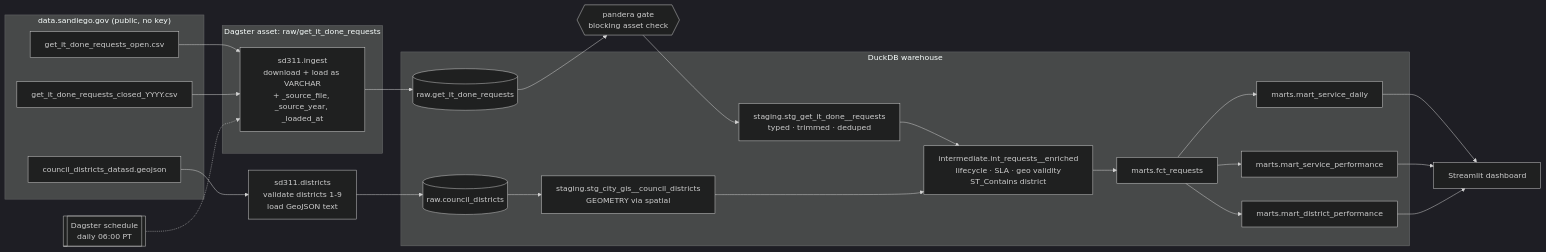
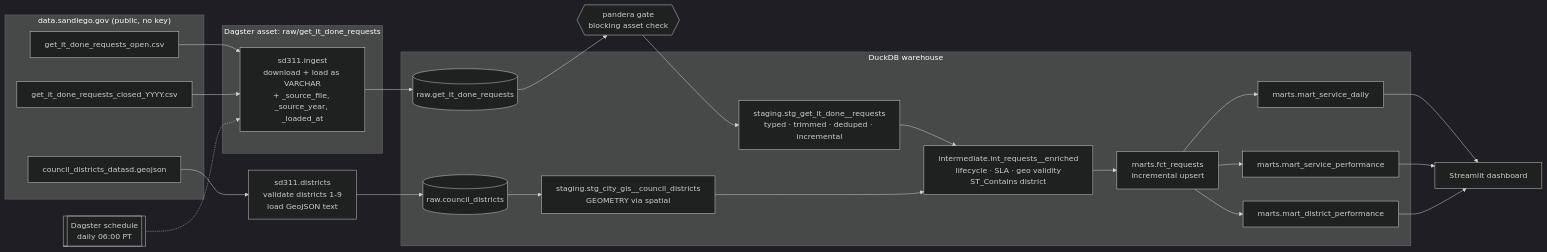
The diagram in README.md (SuperJohn/sd-open-data-pipeline), drawn with Mermaid (dark theme) before and after one commit. The commit also changed other lines of this file and 2 other files, not shown here.

First line of the commit message:
Document incremental dbt models and add make dbt-full-refresh (Closes #2)

````diff
--- a/README.md
+++ b/README.md
@@ -39,29 +43,29 @@
 ```mermaid
 flowchart LR
     subgraph Source["data.sandiego.gov (public, no key)"]
         A1[get_it_done_requests_open.csv]
         A2[get_it_done_requests_closed_YYYY.csv]
         A3[council_districts_datasd.geojson]
     end
     subgraph Ingest["Dagster asset: raw/get_it_done_requests"]
         B[sd311.ingest<br/>download + load as VARCHAR<br/>+ _source_file, _source_year, _loaded_at]
     end
     B2[sd311.districts<br/>validate districts 1-9<br/>load GeoJSON text]
     G{{pandera gate<br/>blocking asset check}}
     subgraph DuckDB["DuckDB warehouse"]
         R[(raw.get_it_done_requests)]
         RD[(raw.council_districts)]
         SD[staging.stg_city_gis__council_districts<br/>GEOMETRY via spatial]
-        S[staging.stg_get_it_done__requests<br/>typed · trimmed · deduped]
+        S[staging.stg_get_it_done__requests<br/>typed · trimmed · deduped · incremental]
         I[intermediate.int_requests__enriched<br/>lifecycle · SLA · geo validity<br/>ST_Contains district]
-        F[marts.fct_requests]
+        F[marts.fct_requests<br/>incremental upsert]
         M1[marts.mart_service_daily]
         M2[marts.mart_service_performance]
         M3[marts.mart_district_performance]
     end
     D[Streamlit dashboard]
     A1 & A2 --> B --> R --> G --> S --> I --> F
     A3 --> B2 --> RD --> SD --> I
     F --> M1 & M2 & M3 --> D
     SCH[[Dagster schedule<br/>daily 06:00 PT]] -.-> B
 ```
````
